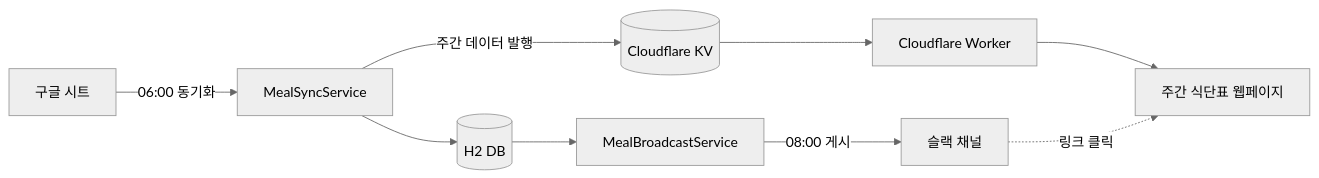
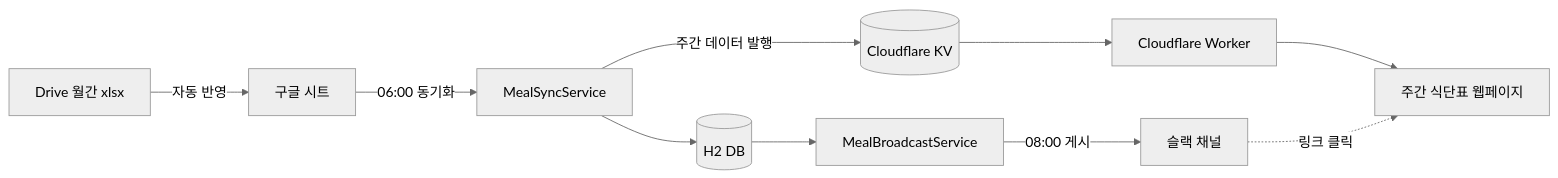
One commit to hyeonhoi11/meal_bot changed the diagram in README.md. Above: the diagram before and after it, drawn with Mermaid (neutral theme). The commit also changed other lines of this file and 9 other files, not shown here.

Commit message:
매달 Drive 식단표 xlsx 자동 반영 기능 추가

````diff
--- a/README.md
+++ b/README.md
@@ -24,11 +24,12 @@
 ```mermaid
 flowchart LR
-    Sheet[구글 시트] -->|06:00 동기화| Sync[MealSyncService]
+    Drive[Drive 월간 xlsx] -->|자동 반영| Sheet[구글 시트]
+    Sheet -->|06:00 동기화| Sync[MealSyncService]
     Sync --> DB[(H2 DB)]
     Sync -->|주간 데이터 발행| KV[(Cloudflare KV)]
     DB --> Broadcast[MealBroadcastService]
     Broadcast -->|08:00 게시| Slack[슬랙 채널]
     KV --> Worker[Cloudflare Worker]
     Worker --> Web[주간 식단표 웹페이지]
     Slack -.링크 클릭.-> Web
 ```
````
